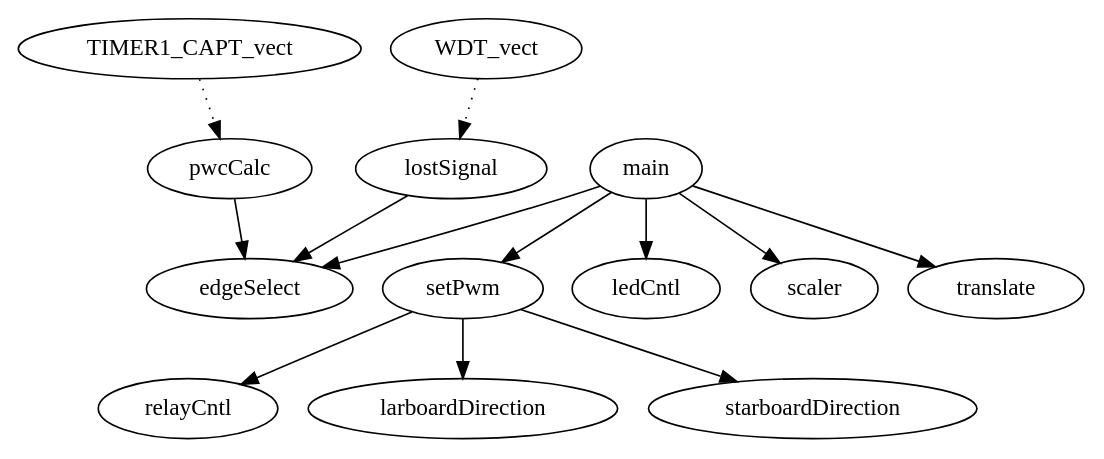
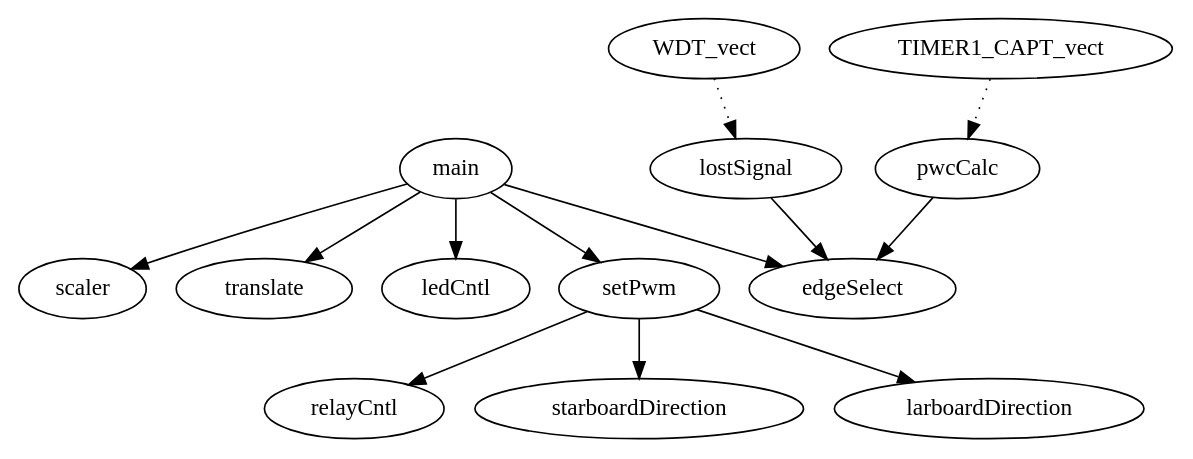
One commit to bjornburton/champbot changed the diagram in Firmware/Propulsion/piruett.dot. Above: the diagram before and after it, drawn with Graphviz. The commit also changed other lines of this file and 7 other files, not shown here.

```diff
--- a/Firmware/Propulsion/piruett.dot
+++ b/Firmware/Propulsion/piruett.dot
@@ -1,14 +1,14 @@
 digraph callgraph {
-"lostSignal" -> "edgeSelect" [style=solid];
-"setPwm" -> "relayCntl" [style=solid];
-"setPwm" -> "larboardDirection" [style=solid];
-"setPwm" -> "starboardDirection" [style=solid];
+"main" -> "scaler" [style=solid];
+"main" -> "translate" [style=solid];
+"main" -> "ledCntl" [style=solid];
 "main" -> "edgeSelect" [style=solid];
 "main" -> "setPwm" [style=solid];
-"main" -> "ledCntl" [style=solid];
-"main" -> "scaler" [style=solid];
-"main" -> "translate" [style=solid];
+"lostSignal" -> "edgeSelect" [style=solid];
+"TIMER1_CAPT_vect" -> "pwcCalc" [style=dotted];
 "pwcCalc" -> "edgeSelect" [style=solid];
-"TIMER1_CAPT_vect" -> "pwcCalc" [style=dotted];
+"setPwm" -> "relayCntl" [style=solid];
+"setPwm" -> "starboardDirection" [style=solid];
+"setPwm" -> "larboardDirection" [style=solid];
 "WDT_vect" -> "lostSignal" [style=dotted];
 }
```
